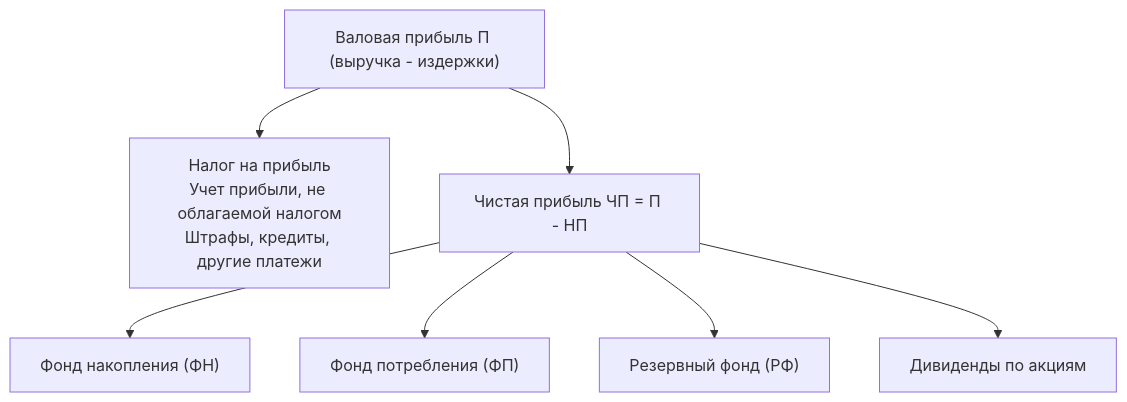
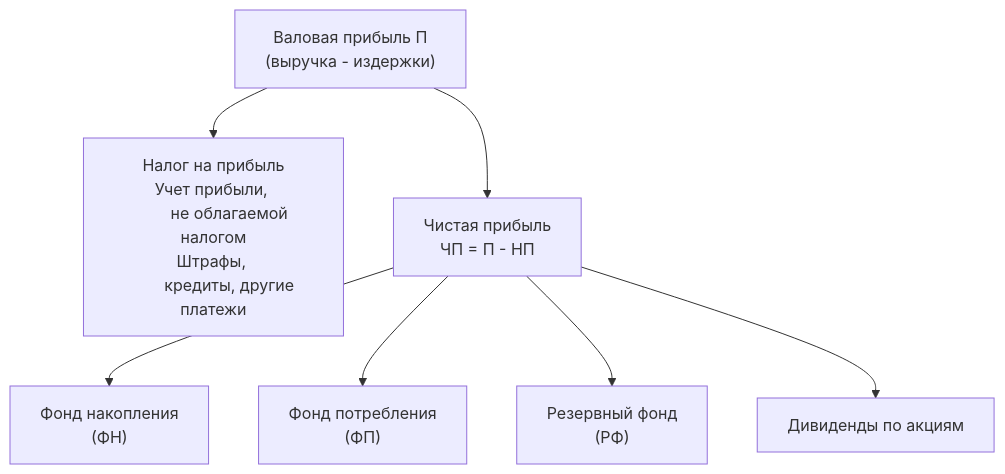
One commit to MeidKoi/conspects changed the seventh of 7 diagrams in Экономика и ОПД.md. Above: the diagram before and after it, drawn with Mermaid. The commit also changed other lines of this file, not shown here.

Commit message:
fix diagrams

````diff
--- a/Экономика и ОПД.md
+++ b/Экономика и ОПД.md
@@ -1034,10 +1044,17 @@
 ```mermaid
 graph TD
-    A["Валовая прибыль П (выручка - издержки)"] --> B["Налог на прибыль<br>Учет прибыли, не облагаемой налогом<br>Штрафы, кредиты, другие платежи"]
-    A --> C["Чистая прибыль ЧП = П - НП"]
+    A["Валовая прибыль П 
+	(выручка - издержки)"] --> B["Налог на прибыль<br>Учет прибыли, 
+	не облагаемой налогом<br>Штрафы, 
+	кредиты, другие платежи"]
+    A --> C["Чистая прибыль 
+	ЧП = П - НП"]
 
-    C --> D["Фонд накопления (ФН)"]
-    C --> E["Фонд потребления (ФП)"]
-    C --> F["Резервный фонд (РФ)"]
+    C --> D["Фонд накопления
+	(ФН)"]
+    C --> E["Фонд потребления
+	(ФП)"]
+    C --> F["Резервный фонд
+	(РФ)"]
     C --> G["Дивиденды по акциям"]
 ```
````
